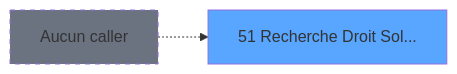
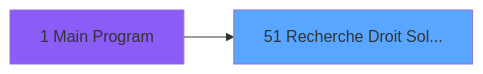
One commit to thonyAGP/lecteur-magic changed the second of 3 diagrams in .openspec/specs/ADH-IDE-51.md. Above: the diagram before and after it, drawn with Mermaid. The commit also changed other lines of this file and 493 other files, not shown here.

````diff
--- a/.openspec/specs/ADH-IDE-51.md
+++ b/.openspec/specs/ADH-IDE-51.md
@@ -148,8 +158,8 @@
 ```mermaid
 graph LR
     T51[51 Recherche Droit Sol...]
     style T51 fill:#58a6ff
-    NONE[Aucun caller]
-    NONE -.-> T51
-    style NONE fill:#6b7280,stroke-dasharray: 5 5
+    CC1[1 Main Program]
+    style CC1 fill:#8b5cf6
+    CC1 --> T51
 ```
````
